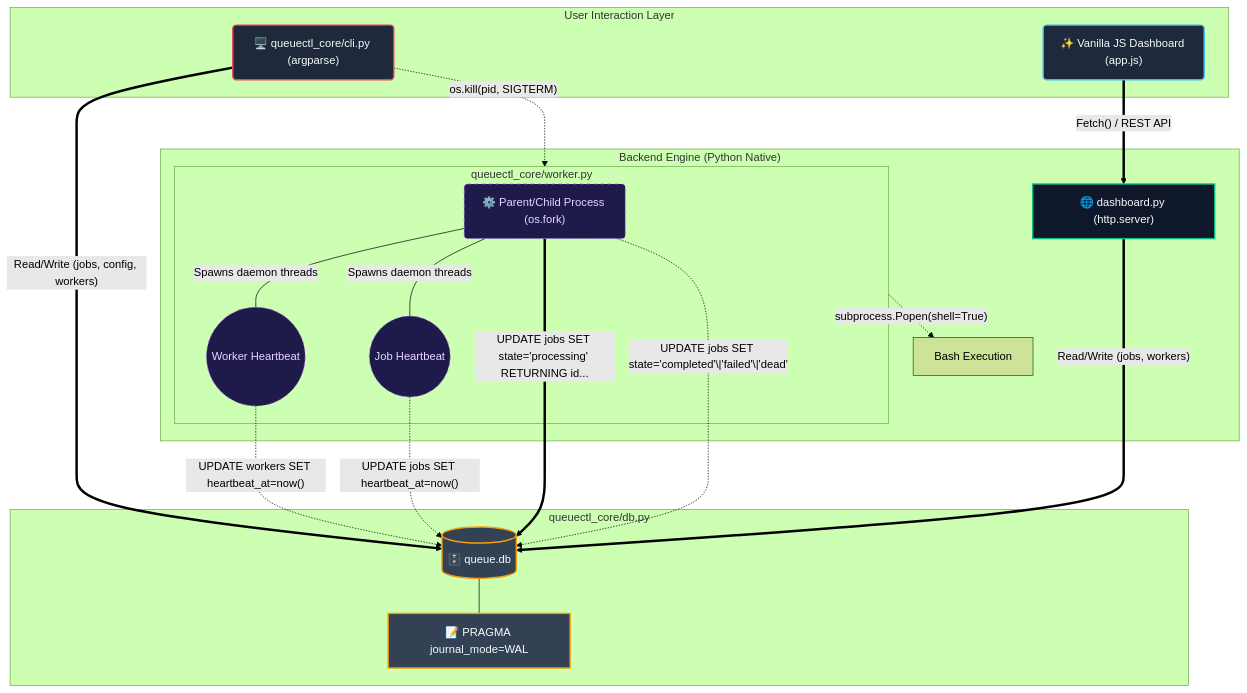
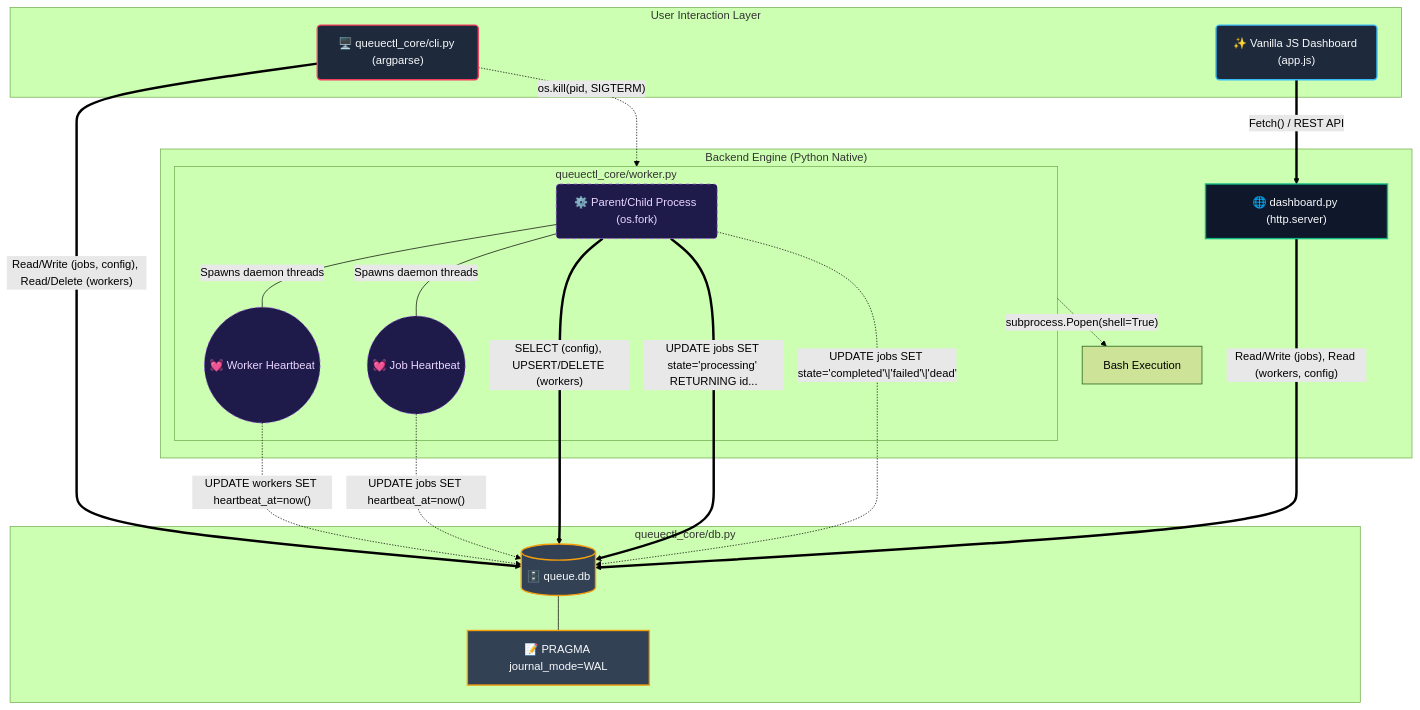
Before and after one commit to Harshkumar2306/QueueCTL: the diagram in README.md, drawn with Mermaid (forest theme).

Commit message:
docs: refine mermaid diagram with 100% accurate database operations per module

````diff
--- a/README.md
+++ b/README.md
@@ -78,50 +78,56 @@
 ```mermaid
 graph TD
     %% Custom Premium Styling
     classDef frontend fill:#1e293b,stroke:#38bdf8,stroke-width:2px,color:#f8fafc
     classDef backend fill:#0f172a,stroke:#10b981,stroke-width:2px,color:#f8fafc
     classDef storage fill:#334155,stroke:#f59e0b,stroke-width:2px,color:#f8fafc
     classDef process fill:#1e1b4b,stroke:#a855f7,stroke-width:1px,stroke-dasharray: 5 5,color:#e9d5ff
     classDef cli fill:#1e293b,stroke:#f43f5e,stroke-width:2px,color:#f8fafc
 
     subgraph UserSpace ["User Interaction Layer"]
         CLI("🖥️ queuectl_core/cli.py (argparse)"):::cli
         UI("✨ Vanilla JS Dashboard (app.js)"):::frontend
     end
 
     subgraph Backend ["Backend Engine (Python Native)"]
         API["🌐 dashboard.py (http.server)"]:::backend
         
         subgraph Workers ["queuectl_core/worker.py"]
             W1("⚙️ Parent/Child Process (os.fork)"):::process
             
-            HB_W(("Worker Heartbeat")):::process
-            HB_J(("Job Heartbeat")):::process
+            HB_W(("💓 Worker Heartbeat")):::process
+            HB_J(("💓 Job Heartbeat")):::process
             
             W1 ---|"Spawns daemon threads"| HB_W
             W1 ---|"Spawns daemon threads"| HB_J
         end
         
         CLI -.->|"os.kill(pid, SIGTERM)"| Workers
         Workers -.->|"subprocess.Popen(shell=True)"| Bash["Bash Execution"]
     end
 
     subgraph Database ["queuectl_core/db.py"]
         DB[("🗄️ queue.db")]:::storage
         WAL["📝 PRAGMA journal_mode=WAL"]:::storage
         
         DB --- WAL
     end
 
     %% Routing & Data Flow
     UI ==>|"Fetch() / REST API"| API
-    CLI ==>|"Read/Write (jobs, config, workers)"| DB
-    API ==>|"Read/Write (jobs, workers)"| DB
     
+    %% CLI Database Interactions
+    CLI ==>|"Read/Write (jobs, config), Read/Delete (workers)"| DB
+    
+    %% API Database Interactions
+    API ==>|"Read/Write (jobs), Read (workers, config)"| DB
+    
+    %% Worker Database Interactions
+    W1 ==>|"SELECT (config), UPSERT/DELETE (workers)"| DB
     W1 ==>|"UPDATE jobs SET state='processing' RETURNING id..."| DB
+    W1 -.->|"UPDATE jobs SET state='completed'\|'failed'\|'dead'"| DB
     
+    %% Heartbeat Database Interactions
     HB_W -.->|"UPDATE workers SET heartbeat_at=now()"| DB
     HB_J -.->|"UPDATE jobs SET heartbeat_at=now()"| DB
-    
-    W1 -.->|"UPDATE jobs SET state='completed'\|'failed'\|'dead'"| DB
 ```
````
